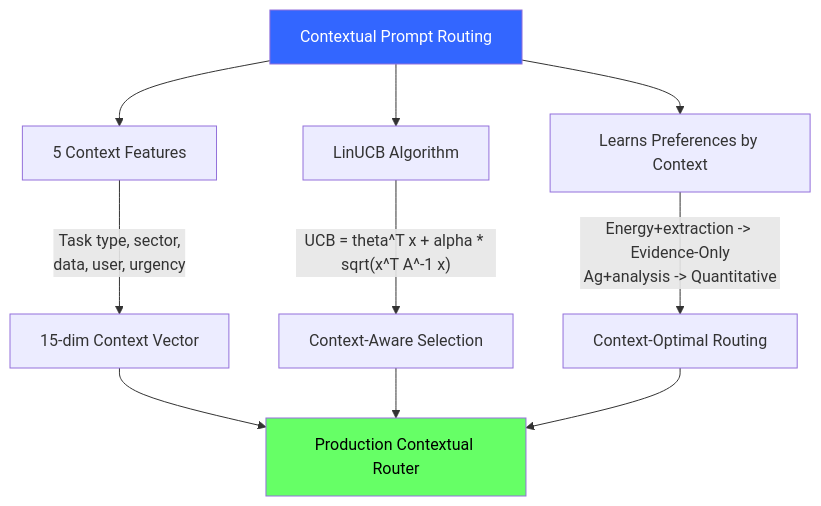
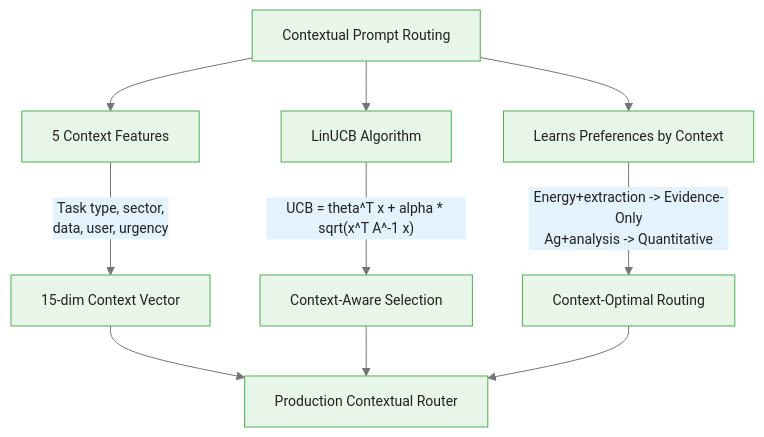
One commit to m-deane/course-creator changed the fifth of 5 diagrams in courses/multi-armed-bandits-ab-testing/modules/module_08_prompt_routing_bandits/guides/03_contextual_prompt_routing_slides.md. Above: the diagram before and after it, drawn with Mermaid. The commit also changed other lines of this file and 146 other files, not shown here.

````diff
--- a/courses/multi-armed-bandits-ab-testing/modules/module_08_prompt_routing_bandits/guides/03_contextual_prompt_routing_slides.md
+++ b/courses/multi-armed-bandits-ab-testing/modules/module_08_prompt_routing_bandits/guides/03_contextual_prompt_routing_slides.md
@@ -298,15 +334,13 @@
 ```mermaid
+%%{init: {"theme": "base", "themeVariables": {"primaryColor": "#e8f5e9", "primaryBorderColor": "#4caf50", "primaryTextColor": "#212121", "secondaryColor": "#e3f2fd", "tertiaryColor": "#fff8e1", "lineColor": "#757575", "fontFamily": "Inter, sans-serif", "fontSize": "14px"}}}%%
 flowchart TD
     CPR["Contextual Prompt Routing"] --> Features["5 Context Features"]
     CPR --> LinUCB_v["LinUCB Algorithm"]
     CPR --> Learning["Learns Preferences by Context"]
 
     Features --> |"Task type, sector,<br/>data, user, urgency"| Vector["15-dim Context Vector"]
     LinUCB_v --> |"UCB = theta^T x + alpha * sqrt(x^T A^-1 x)"| Select["Context-Aware Selection"]
     Learning --> |"Energy+extraction -> Evidence-Only<br/>Ag+analysis -> Quantitative"| Optimal["Context-Optimal Routing"]
 
     Vector & Select & Optimal --> Router["Production Contextual Router"]
-
-    style CPR fill:#36f,color:#fff
-    style Router fill:#6f6,color:#000
 ```
````
